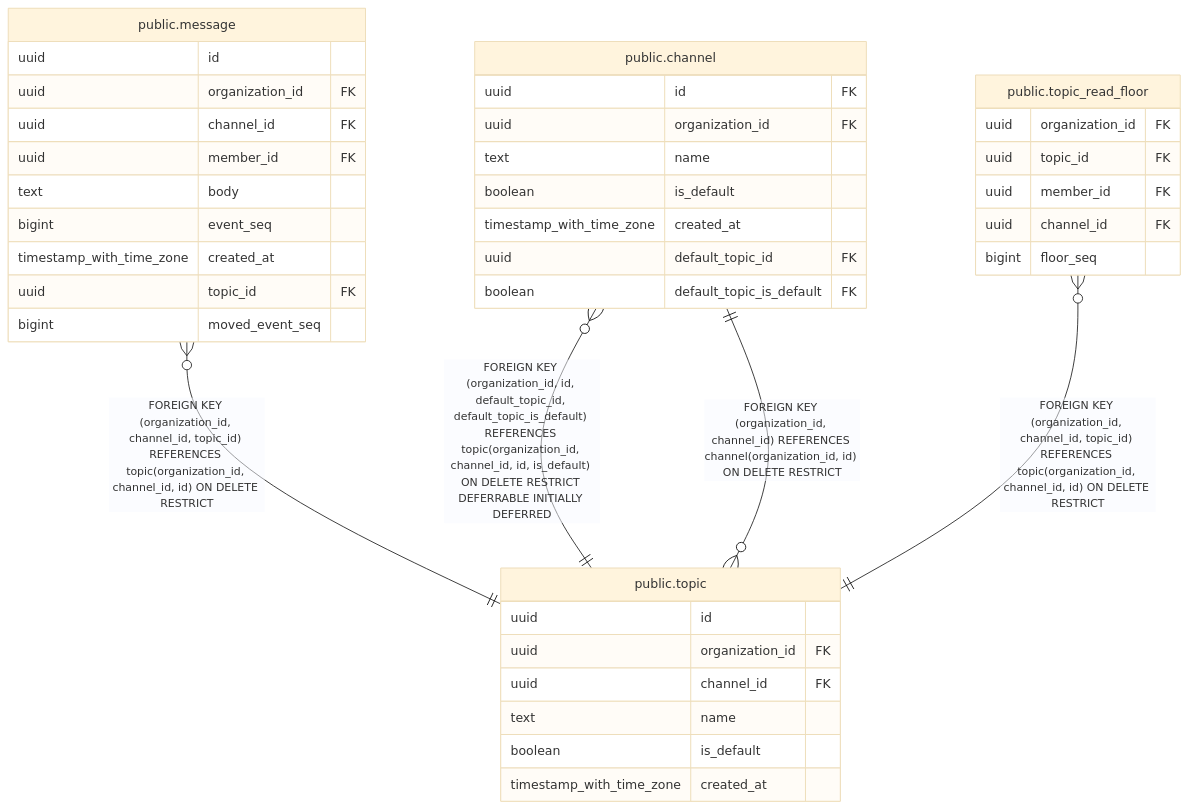
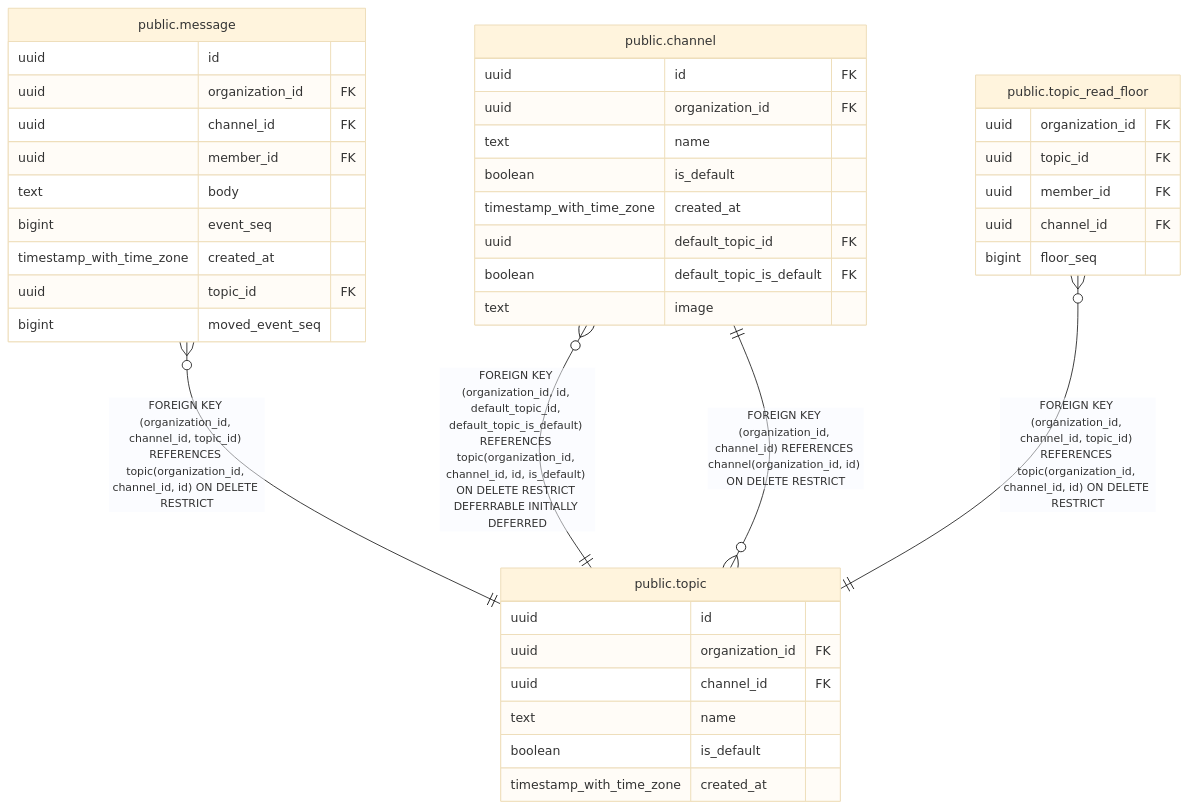
Before and after one commit to tkakkie/ribbitto: the diagram in docs/schema/public.topic.md, drawn with Mermaid (base theme). The commit also changed 44 other files, not shown here.

````diff
--- a/docs/schema/public.topic.md
+++ b/docs/schema/public.topic.md
@@ -42,44 +42,45 @@
 ```mermaid
 erDiagram
 
 "public.channel" }o--|| "public.topic" : "FOREIGN KEY (organization_id, id, default_topic_id, default_topic_is_default) REFERENCES topic(organization_id, channel_id, id, is_default) ON DELETE RESTRICT DEFERRABLE INITIALLY DEFERRED"
 "public.message" }o--|| "public.topic" : "FOREIGN KEY (organization_id, channel_id, topic_id) REFERENCES topic(organization_id, channel_id, id) ON DELETE RESTRICT"
 "public.topic_read_floor" }o--|| "public.topic" : "FOREIGN KEY (organization_id, channel_id, topic_id) REFERENCES topic(organization_id, channel_id, id) ON DELETE RESTRICT"
 "public.topic" }o--|| "public.channel" : "FOREIGN KEY (organization_id, channel_id) REFERENCES channel(organization_id, id) ON DELETE RESTRICT"
 
 "public.topic" {
   uuid id
   uuid organization_id FK
   uuid channel_id FK
   text name
   boolean is_default
   timestamp_with_time_zone created_at
 }
 "public.channel" {
   uuid id FK
   uuid organization_id FK
   text name
   boolean is_default
   timestamp_with_time_zone created_at
   uuid default_topic_id FK
   boolean default_topic_is_default FK
+  text image
 }
 "public.message" {
   uuid id
   uuid organization_id FK
   uuid channel_id FK
   uuid member_id FK
   text body
   bigint event_seq
   timestamp_with_time_zone created_at
   uuid topic_id FK
   bigint moved_event_seq
 }
 "public.topic_read_floor" {
   uuid organization_id FK
   uuid topic_id FK
   uuid member_id FK
   uuid channel_id FK
   bigint floor_seq
 }
 ```
````
